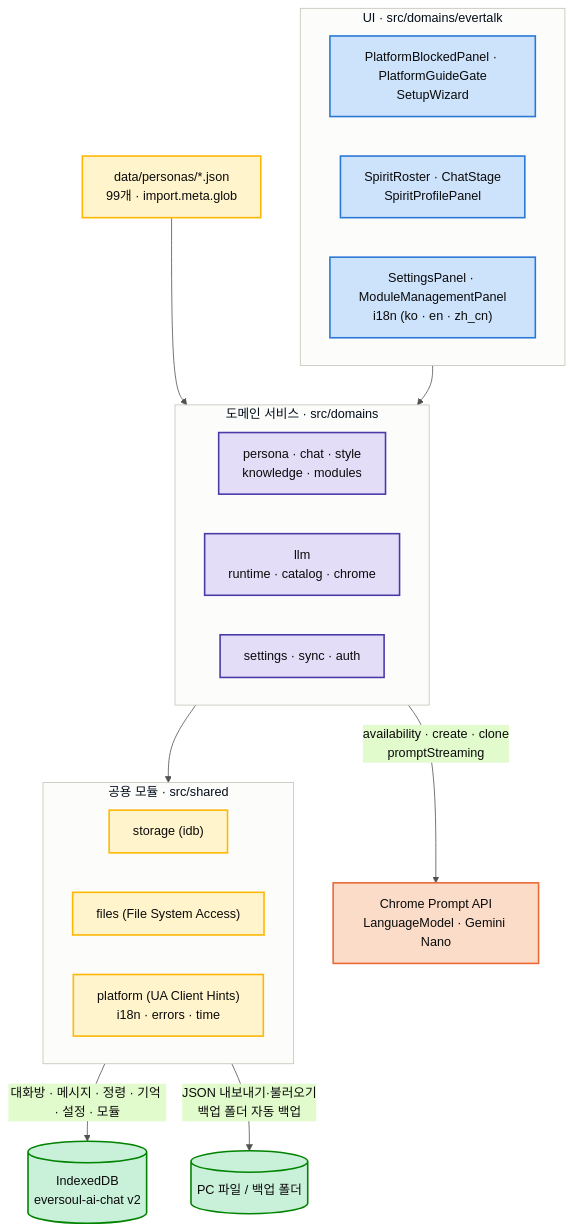
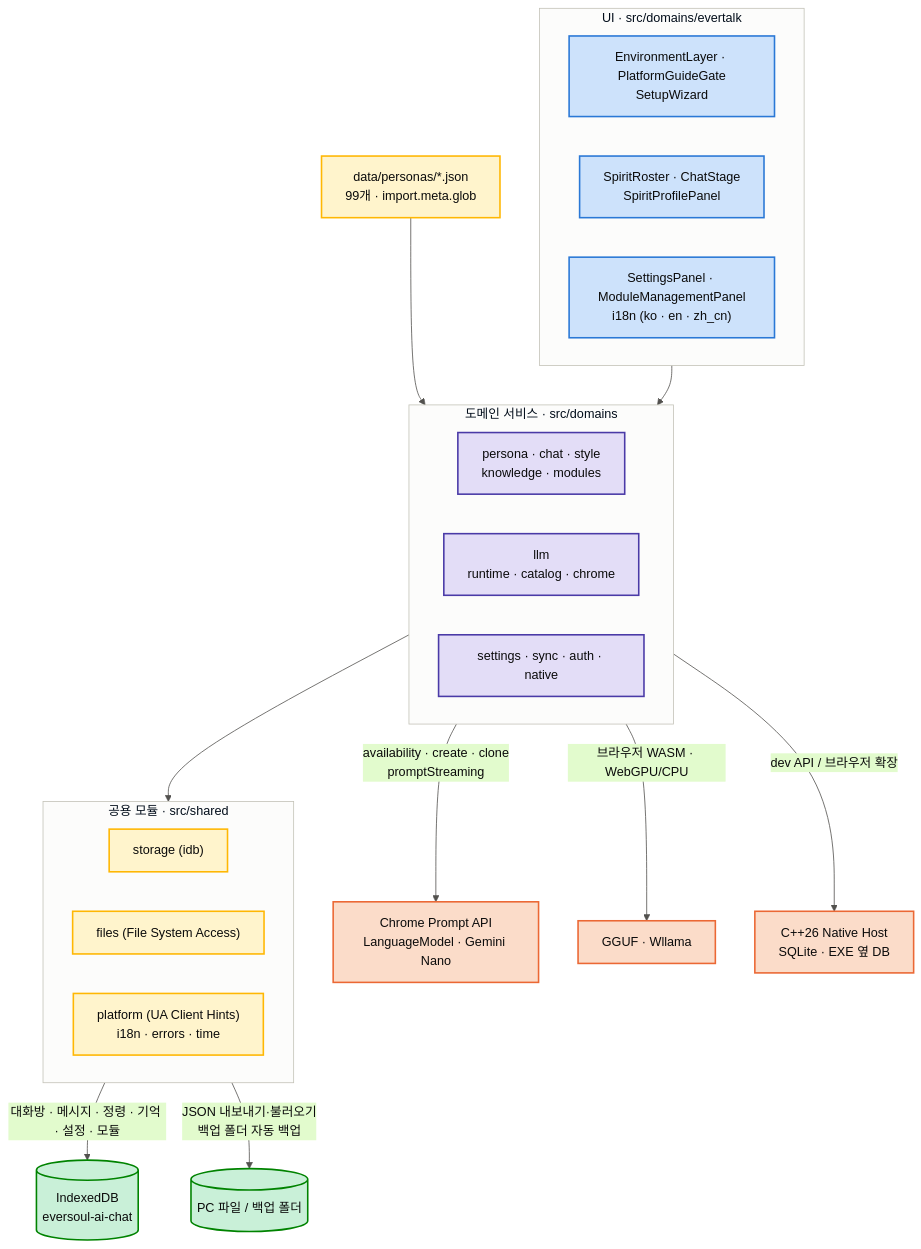
One commit to GarnetRapture/evai changed the diagram in README.md. Above: the diagram before and after it, drawn with Mermaid. The commit also changed other lines of this file and 103 other files, not shown here.

````diff
--- a/README.md
+++ b/README.md
@@ -235,43 +235,45 @@
 ```mermaid
 %%{init: {'theme': 'base', 'themeVariables': {'primaryColor': '#cde2fb', 'primaryBorderColor': '#2a78d6', 'primaryTextColor': '#0b0b0b', 'lineColor': '#52514e', 'clusterBkg': '#fcfcfb', 'clusterBorder': '#c3c2b7', 'fontFamily': 'system-ui, -apple-system, Segoe UI, sans-serif'}}}%%
 flowchart TB
     subgraph UI["UI · src/domains/evertalk"]
         direction LR
-        UI1["PlatformBlockedPanel · PlatformGuideGate<br/>SetupWizard"]
+        UI1["EnvironmentLayer · PlatformGuideGate<br/>SetupWizard"]
         UI2["SpiritRoster · ChatStage<br/>SpiritProfilePanel"]
         UI3["SettingsPanel · ModuleManagementPanel<br/>i18n (ko · en · zh_cn)"]
     end
 
     subgraph DOMAIN["도메인 서비스 · src/domains"]
         direction LR
         D1["persona · chat · style<br/>knowledge · modules"]
         D2["llm<br/>runtime · catalog · chrome"]
-        D3["settings · sync · auth"]
+        D3["settings · sync · auth · native"]
     end
 
     subgraph SHARED["공용 모듈 · src/shared"]
         direction LR
         S1["storage (idb)"]
         S2["files (File System Access)"]
         S3["platform (UA Client Hints)<br/>i18n · errors · time"]
     end
 
     UI --> DOMAIN
     DOMAIN --> SHARED
     PACK["data/personas/*.json<br/>99개 · import.meta.glob"] --> D1
-    S1 -- "대화방 · 메시지 · 정령 · 기억 · 설정 · 모듈" --> DB[("IndexedDB<br/>eversoul-ai-chat v2")]
+    S1 -- "대화방 · 메시지 · 정령 · 기억 · 설정 · 모듈" --> DB[("IndexedDB<br/>eversoul-ai-chat")]
     S2 -- "JSON 내보내기·불러오기<br/>백업 폴더 자동 백업" --> PC[("PC 파일 / 백업 폴더")]
     D2 -- "availability · create · clone<br/>promptStreaming" --> LLM["Chrome Prompt API<br/>LanguageModel · Gemini Nano"]
+    D2 -- "브라우저 WASM · WebGPU/CPU" --> GGUF["GGUF · Wllama"]
+    D3 -- "dev API / 브라우저 확장" --> NATIVE["C++26 Native Host<br/>SQLite · EXE 옆 DB"]
 
     classDef uiStyle fill:#cde2fb,stroke:#2a78d6,stroke-width:2px,color:#0b0b0b
     classDef domainStyle fill:#e3ddf7,stroke:#4a3aa7,stroke-width:2px,color:#0b0b0b
     classDef sharedStyle fill:#fff4cc,stroke:#ffb703,stroke-width:2px,color:#0b0b0b
     classDef dbStyle fill:#c9f0d8,stroke:#008300,stroke-width:2px,color:#0b0b0b
     classDef llmStyle fill:#fbdcc9,stroke:#eb6834,stroke-width:2px,color:#0b0b0b
 
     class UI1,UI2,UI3 uiStyle
     class D1,D2,D3 domainStyle
     class S1,S2,S3,PACK sharedStyle
     class DB,PC dbStyle
-    class LLM llmStyle
+    class LLM,GGUF,NATIVE llmStyle
 ```
````
